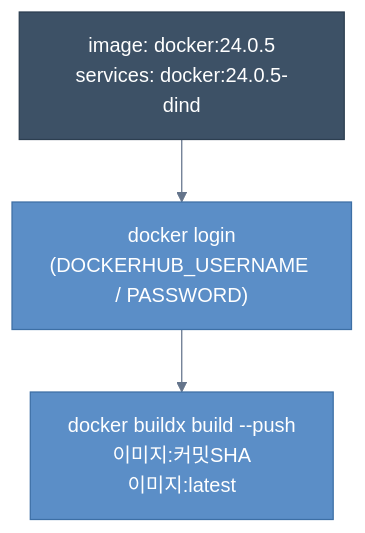
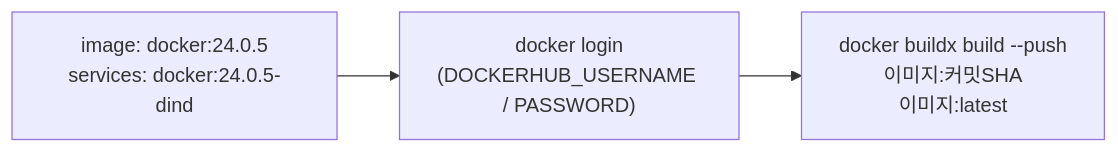
The fifth of 8 diagrams in posts/study/infra/gitlab-cicd-guide.md (Seobway23/Seobway23.github.io), drawn with Mermaid before and after one commit. The commit also changed other lines of this file and 21 other files, not shown here.

Commit message:
:sparkles: mermaid, code,inline edit

````diff
--- a/posts/study/infra/gitlab-cicd-guide.md
+++ b/posts/study/infra/gitlab-cicd-guide.md
@@ -232,15 +204,12 @@
 ```mermaid
-%%{init: {'theme': 'base', 'themeVariables': {'primaryColor': '#5b8ec7', 'primaryTextColor': '#fff', 'primaryBorderColor': '#3d6fa5', 'lineColor': '#64748b', 'edgeLabelBackground': '#eef2f7'}}}%%
-flowchart TD
+%% desc: build 잡 상세 — Docker-in-Docker 환경에서 이미지 빌드 및 레지스트리 푸시
+flowchart LR
     ENV["image: docker:24.0.5\nservices: docker:24.0.5-dind"]
     LOGIN["docker login\n(DOCKERHUB_USERNAME / PASSWORD)"]
     BUILD["docker buildx build --push\n이미지:커밋SHA\n이미지:latest"]
 
     ENV --> LOGIN --> BUILD
 
-    classDef env fill:#3d5166,stroke:#2c3e50,color:#fff
-    classDef action fill:#5b8ec7,stroke:#3d6fa5,color:#fff
 
-    class ENV env
-    class LOGIN,BUILD action
+
 ```
````
